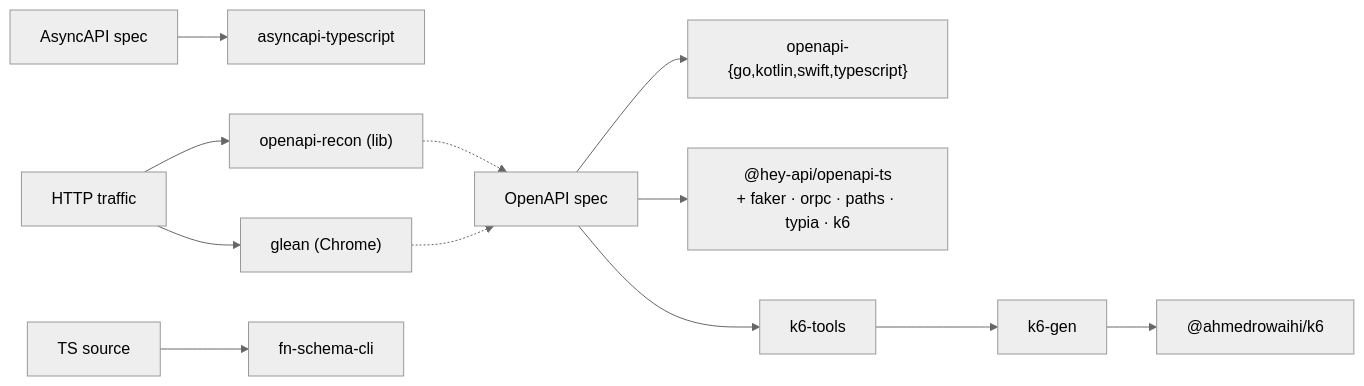
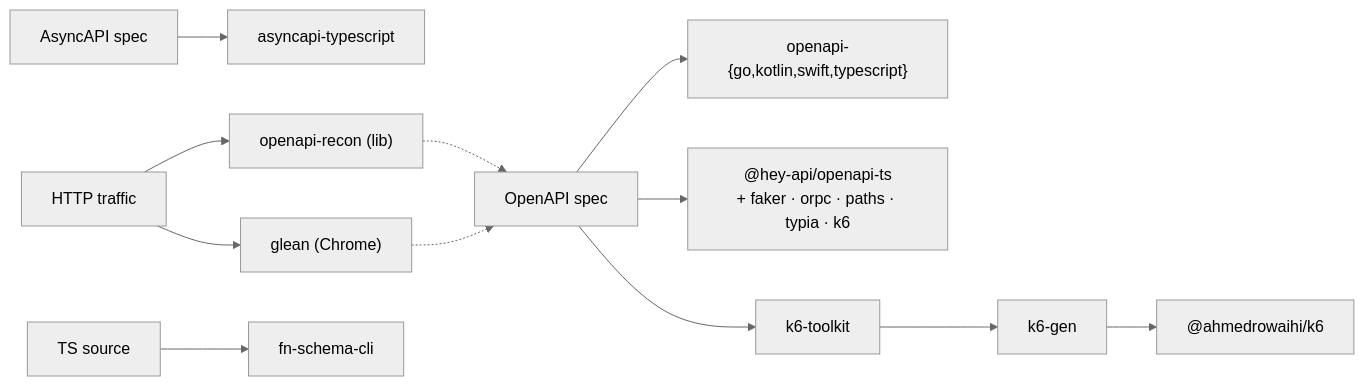
Before and after one commit to ir-kit/ir-kit: the diagram in README.md, drawn with Mermaid (neutral theme). The commit also changed other lines of this file and 66 other files, not shown here.

First line of the commit message:
feat(k6): toolkit + create-k6 wizard; lift loadSpec into openapi-tools (#67)

````diff
--- a/README.md
+++ b/README.md
@@ -27,18 +27,18 @@
 ```mermaid
 flowchart LR
   ospec["OpenAPI spec"]
   aspec["AsyncAPI spec"]
   traffic["HTTP traffic"]
   ts["TS source"]
 
   ospec --> native["openapi-{go,kotlin,swift,typescript}"]
   ospec --> hey["@hey-api/openapi-ts<br/>+ faker · orpc · paths · typia · k6"]
-  ospec --> k6tools["k6-tools"] --> k6gen["k6-gen"] --> k6fw["@ahmedrowaihi/k6"]
+  ospec --> k6tk["k6-toolkit"] --> k6gen["k6-gen"] --> k6fw["@ahmedrowaihi/k6"]
 
   aspec --> async["asyncapi-typescript"]
 
   traffic --> recon["openapi-recon (lib)"] -.-> ospec
   traffic --> glean["glean (Chrome)"] -.-> ospec
 
   ts --> fn["fn-schema-cli"]
 ```
````
